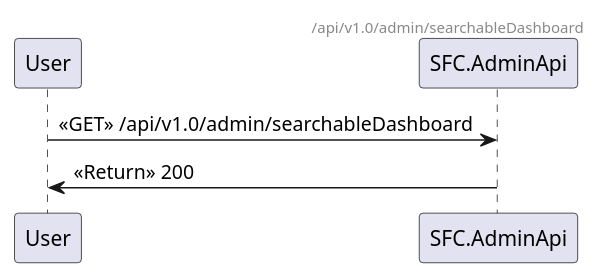
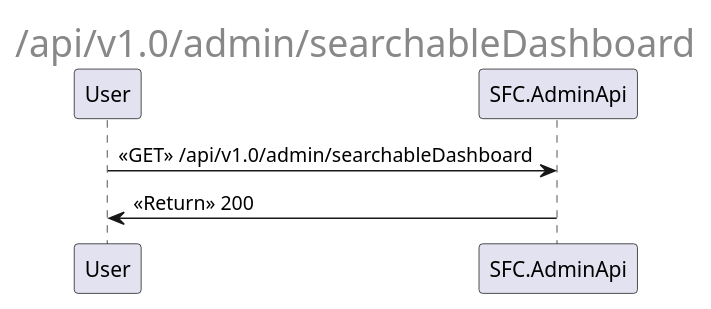
The diagram in docs/ArchitectureDocumentation/_api_v1.0_admin_searchableDashboard.puml (mr0zek/SmogFightClub), drawn with PlantUML before and after one commit. The commit also changed 9 other files, not shown here.

```diff
--- a/docs/ArchitectureDocumentation/_api_v1.0_admin_searchableDashboard.puml
+++ b/docs/ArchitectureDocumentation/_api_v1.0_admin_searchableDashboard.puml
@@ -1,5 +1,5 @@
 @startuml
-header /api/v1.0/admin/searchableDashboard
+center header <font size=25>/api/v1.0/admin/searchableDashboard</font>
 User -> SFC.AdminApi : <<GET>> /api/v1.0/admin/searchableDashboard
 SFC.AdminApi -> User: <<Return>> 200
 @enduml
```
